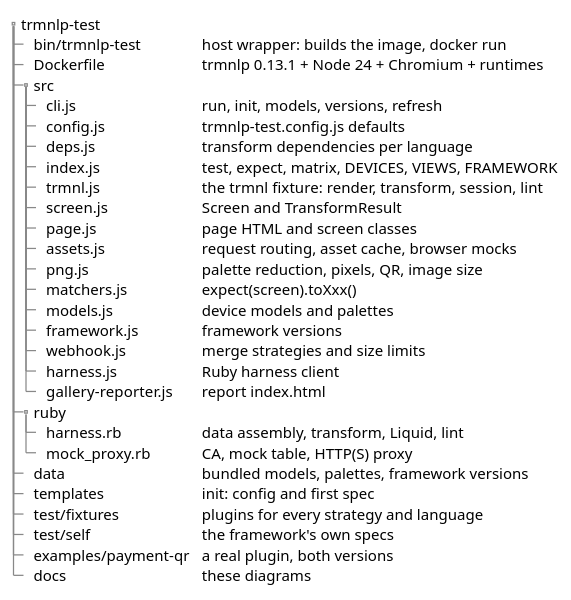
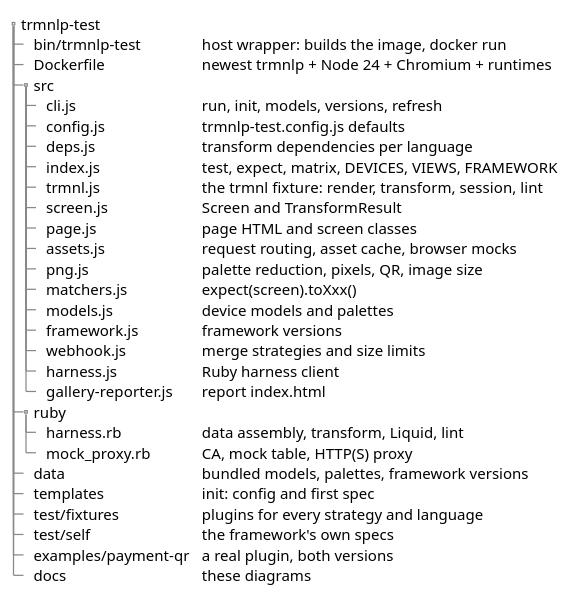
Before and after one commit to ExcuseMi/trmnlp-test: the diagram in docs/structure.puml, drawn with PlantUML. The commit also changed 8 other files, not shown here.

First line of the commit message:
Follow the newest trmnlp release

```diff
--- a/docs/structure.puml
+++ b/docs/structure.puml
@@ -1,34 +1,34 @@
 @startsalt structure
 {
 {T
 + trmnlp-test
 ++ bin/trmnlp-test | host wrapper: builds the image, docker run
-++ Dockerfile | trmnlp 0.13.1 + Node 24 + Chromium + runtimes
+++ Dockerfile | newest trmnlp + Node 24 + Chromium + runtimes
 ++ src
 +++ cli.js | run, init, models, versions, refresh
 +++ config.js | trmnlp-test.config.js defaults
 +++ deps.js | transform dependencies per language
 +++ index.js | test, expect, matrix, DEVICES, VIEWS, FRAMEWORK
 +++ trmnl.js | the trmnl fixture: render, transform, session, lint
 +++ screen.js | Screen and TransformResult
 +++ page.js | page HTML and screen classes
 +++ assets.js | request routing, asset cache, browser mocks
 +++ png.js | palette reduction, pixels, QR, image size
 +++ matchers.js | expect(screen).toXxx()
 +++ models.js | device models and palettes
 +++ framework.js | framework versions
 +++ webhook.js | merge strategies and size limits
 +++ harness.js | Ruby harness client
 +++ gallery-reporter.js | report index.html
 ++ ruby
 +++ harness.rb | data assembly, transform, Liquid, lint
 +++ mock_proxy.rb | CA, mock table, HTTP(S) proxy
 ++ data | bundled models, palettes, framework versions
 ++ templates | init: config and first spec
 ++ test/fixtures | plugins for every strategy and language
 ++ test/self | the framework's own specs
 ++ examples/payment-qr | a real plugin, both versions
 ++ docs | these diagrams
 }
 }
 @endsalt
```
